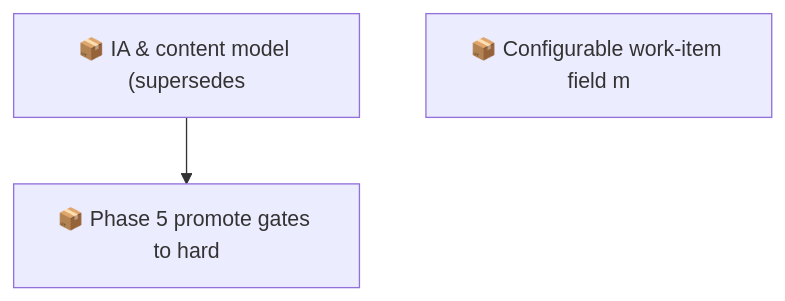
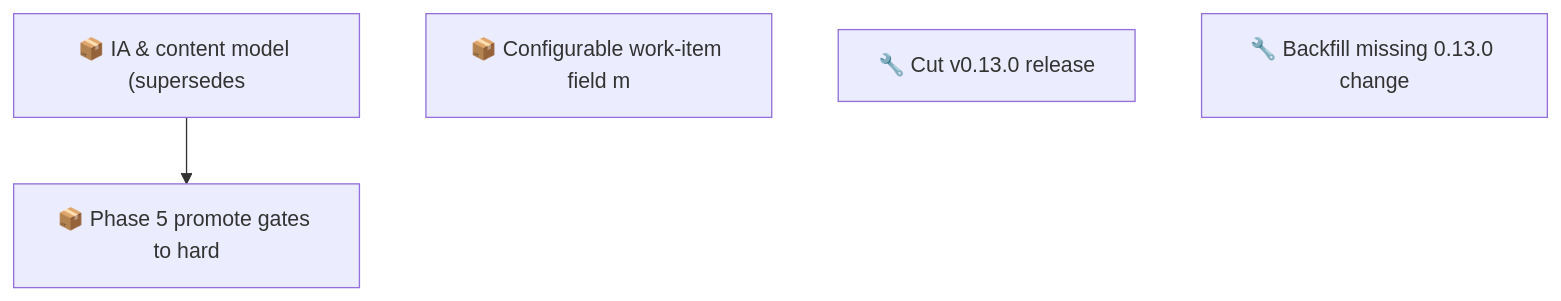
One commit to SpillwaveSolutions/wiki_ticket_sdd changed the second of 2 diagrams in docs/roadmap.md. Above: the diagram before and after it, drawn with Mermaid. The commit also changed other lines of this file and 1 other file, not shown here.

Commit message:
chore(worklog): track v0.13.0 release + changelog backfill items

````diff
--- a/docs/roadmap.md
+++ b/docs/roadmap.md
@@ -61,7 +75,9 @@
 ```mermaid
 graph TD
     01KY5G9ZW0H2YMNWDFJYGRPYE5["📦 IA & content model (supersedes"]
     01KY5G9ZW0RABXWHEMEP1FAV2G["📦 Phase 5 promote gates to hard"]
     01KY5NE0ZYGBWG44N0KPEBFCZ8["📦 Configurable work-item field m"]
+    01KY8KQ8WW4A4RJ07YC4QVE7HB["🔧 Cut v0.13.0 release"]
+    01KY8KQ923Q5DMVDACGK2S4EHD["🔧 Backfill missing 0.13.0 change"]
     01KY5G9ZW0H2YMNWDFJYGRPYE5 --> 01KY5G9ZW0RABXWHEMEP1FAV2G
 ```
````
